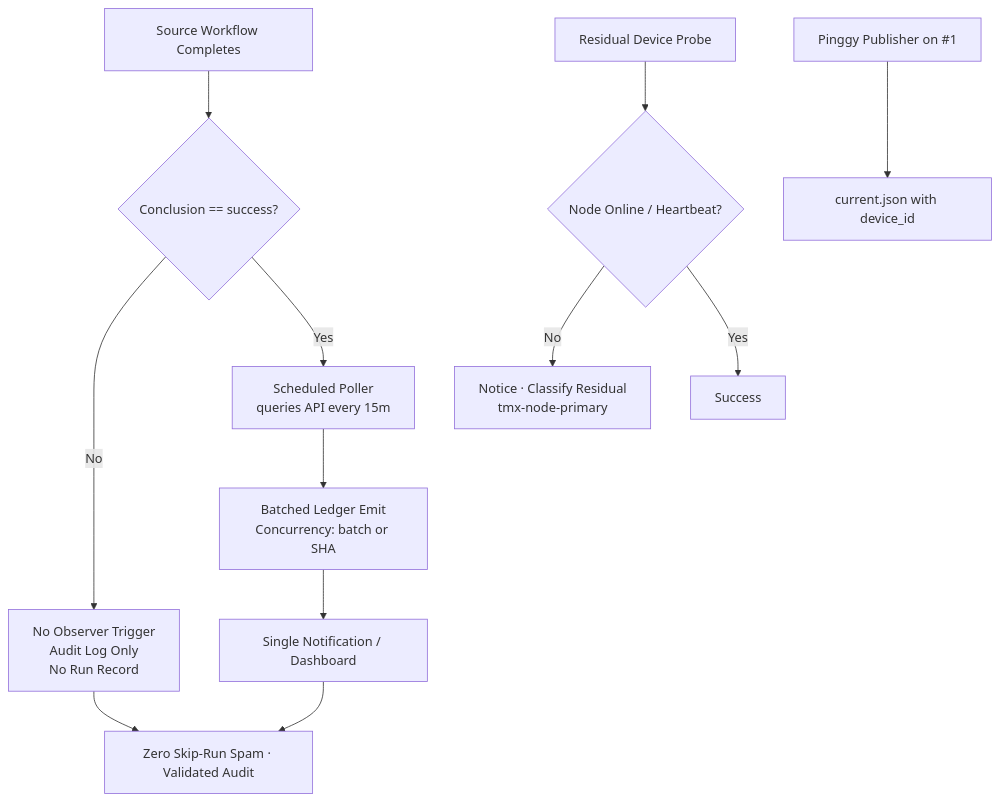
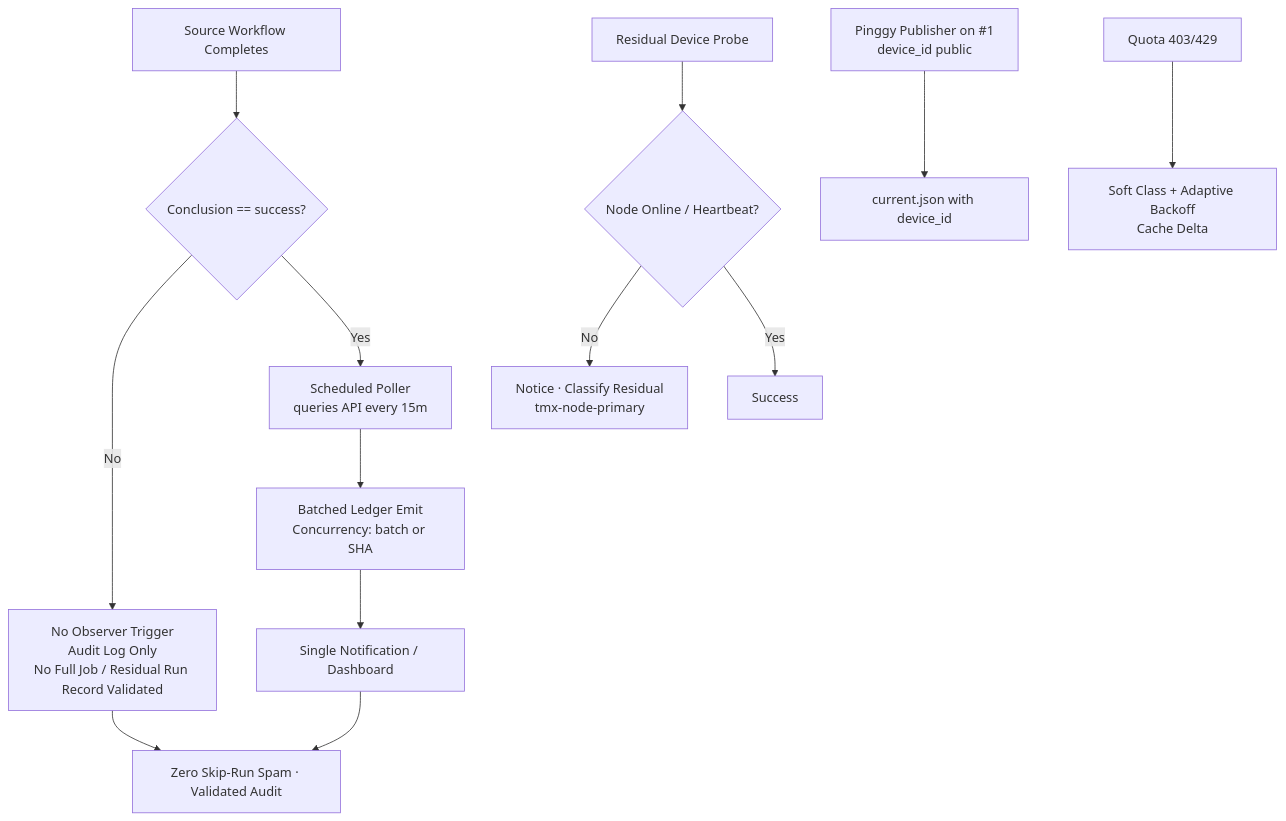
The diagram in docs/ops/ACTIONS-MATRIX.md (timerloggedout-spec/termux-monorepo), drawn with Mermaid before and after one commit. The commit also changed other lines of this file, not shown here.

First line of the commit message:
ops(matrix): refine ACTIONS-MATRIX for residual skip audits, quota rate-limit soft-class, Pinggy #1 enforcement, poller cadence 3L0 (2026-10-29)

````diff
--- a/docs/ops/ACTIONS-MATRIX.md
+++ b/docs/ops/ACTIONS-MATRIX.md
@@ -36,14 +37,15 @@
 ```mermaid
 flowchart TD
     A[Source Workflow Completes] --> B{Conclusion == success?}
-    B -->|No| C[No Observer Trigger<br/>Audit Log Only<br/>No Run Record]
+    B -->|No| C[No Observer Trigger<br/>Audit Log Only<br/>No Full Job / Residual Run Record Validated]
     B -->|Yes| D[Scheduled Poller<br/>queries API every 15m]
     D --> E[Batched Ledger Emit<br/>Concurrency: batch or SHA]
     E --> F[Single Notification / Dashboard]
     C --> G[Zero Skip-Run Spam · Validated Audit]
     F --> G
     H[Residual Device Probe] --> I{Node Online / Heartbeat?}
     I -->|No| J[Notice · Classify Residual<br/>tmx-node-primary]
     I -->|Yes| K[Success]
-    L[Pinggy Publisher on #1] --> M[current.json with device_id]
+    L[Pinggy Publisher on #1<br/>device_id public] --> M[current.json with device_id]
+    N[Quota 403/429] --> O[Soft Class + Adaptive Backoff<br/>Cache Delta]
 ```
````
